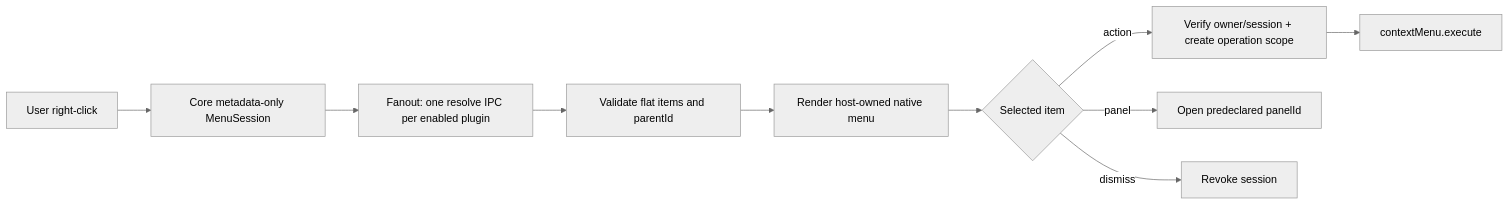
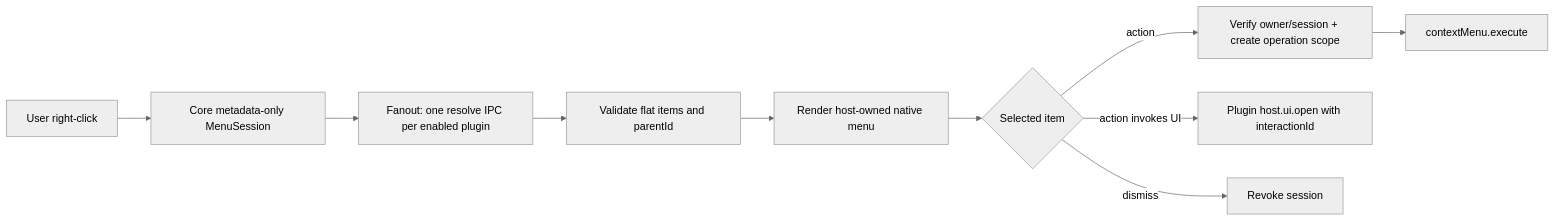
Before and after one commit to kevinhuang001/fiex: the third of 8 diagrams in docs/plugins/01-ARCHITECTURE.md, drawn with Mermaid (neutral theme). The commit also changed other lines of this file and 10 other files, not shown here.

````diff
--- a/docs/plugins/01-ARCHITECTURE.md
+++ b/docs/plugins/01-ARCHITECTURE.md
@@ -76,12 +76,12 @@
 ```mermaid
 flowchart LR
   R["User right-click"] --> M["Core metadata-only MenuSession"]
   M --> F["Fanout: one resolve IPC per enabled plugin"]
   F --> V["Validate flat items and parentId"]
   V --> U["Render host-owned native menu"]
   U --> A{"Selected item"}
   A -->|"action"| O["Verify owner/session + create operation scope"]
   O --> E["contextMenu.execute"]
-  A -->|"panel"| P["Open predeclared panelId"]
+  A -->|"action invokes UI"| P["Plugin host.ui.open with interactionId"]
   A -->|"dismiss"| D["Revoke session"]
 ```
````
